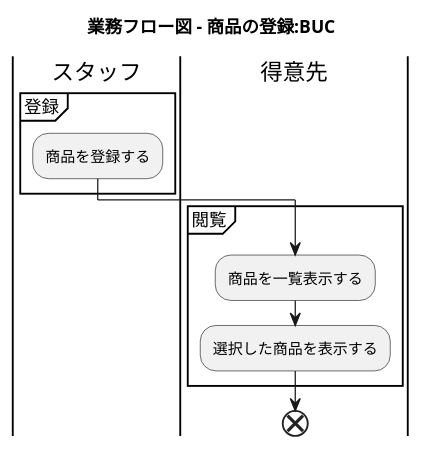
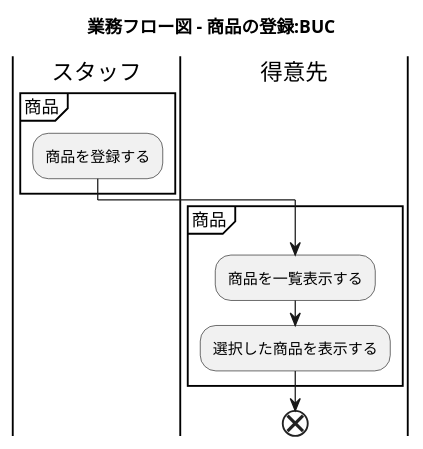
One commit to k2works/application_programing_excercise_2022 changed the eighth of 47 diagrams in docs/index.adoc. Above: the diagram before and after it, drawn with PlantUML. The commit also changed other lines of this file, not shown here.

Commit message:
docs: ビジネスコンテキスト

```diff
--- a/docs/index.adoc
+++ b/docs/index.adoc
@@ -323,19 +323,19 @@
 [plantuml]
 ----
 @startuml
 
 title 業務フロー図 - 商品の登録:BUC
 
 |スタッフ|
-partition 登録 {
+partition 商品 {
     :商品を登録する;
 }
 |得意先|
-partition 閲覧 {
+partition 商品 {
     :商品を一覧表示する;
     :選択した商品を表示する;
 }
 end
 
 @enduml
 ----
```
